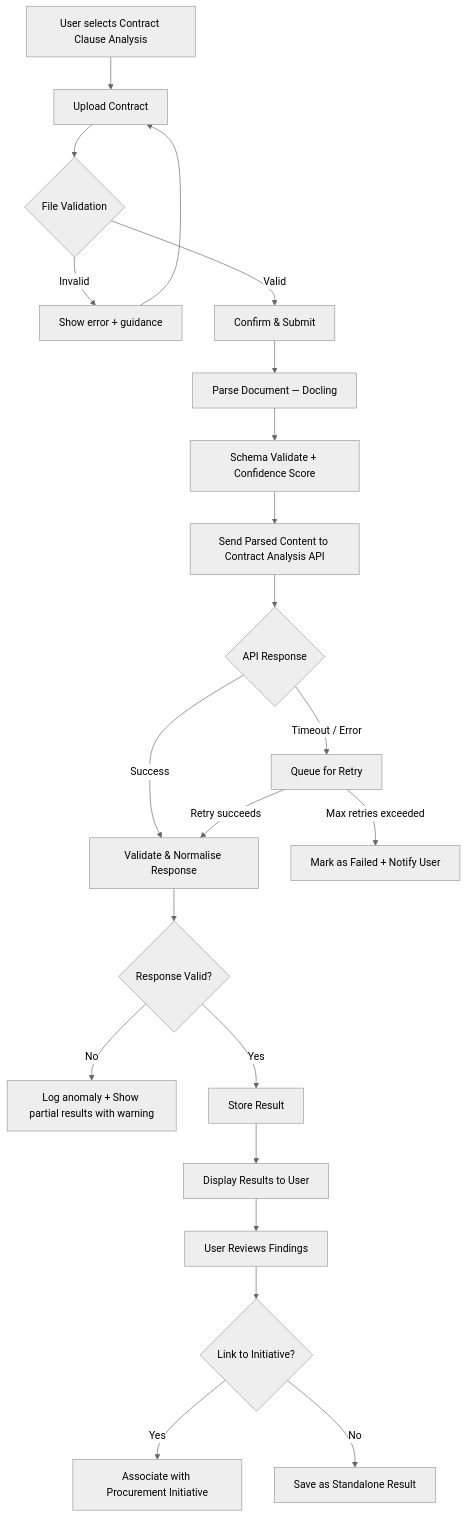
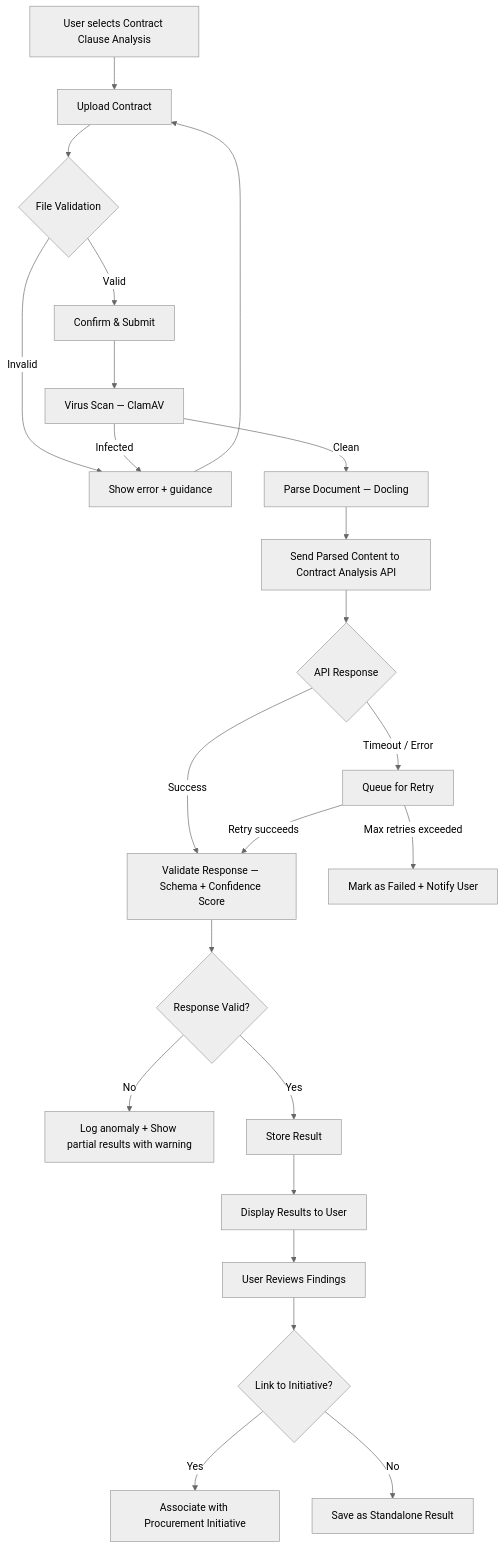
One commit to garethdaine/capability changed the second of 4 diagrams in docs/contract-clause-analysis-capability-design.md. Above: the diagram before and after it, drawn with Mermaid (neutral theme). The commit also changed other lines of this file and 1 other file, not shown here.

````diff
--- a/docs/contract-clause-analysis-capability-design.md
+++ b/docs/contract-clause-analysis-capability-design.md
@@ -108,24 +108,25 @@
 ```mermaid
 flowchart TD
     A[User selects Contract Clause Analysis] --> B[Upload Contract]
     B --> C{File Validation}
     C -->|Invalid| D[Show error + guidance]
     D --> B
     C -->|Valid| E[Confirm & Submit]
-    E --> E1[Parse Document — Docling]
-    E1 --> E2[Schema Validate + Confidence Score]
-    E2 --> F[Send Parsed Content to Contract Analysis API]
+    E --> E0[Virus Scan — ClamAV]
+    E0 -->|Clean| E1[Parse Document — Docling]
+    E0 -->|Infected| D
+    E1 --> F[Send Parsed Content to Contract Analysis API]
     F --> G{API Response}
-    G -->|Success| H[Validate & Normalise Response]
+    G -->|Success| H[Validate Response — Schema + Confidence Score]
     G -->|Timeout / Error| I[Queue for Retry]
     I -->|Max retries exceeded| J[Mark as Failed + Notify User]
     I -->|Retry succeeds| H
     H --> K{Response Valid?}
     K -->|No| L[Log anomaly + Show partial results with warning]
     K -->|Yes| M[Store Result]
     M --> N[Display Results to User]
     N --> O[User Reviews Findings]
     O --> P{Link to Initiative?}
     P -->|Yes| Q[Associate with Procurement Initiative]
     P -->|No| R[Save as Standalone Result]
 ```
````
